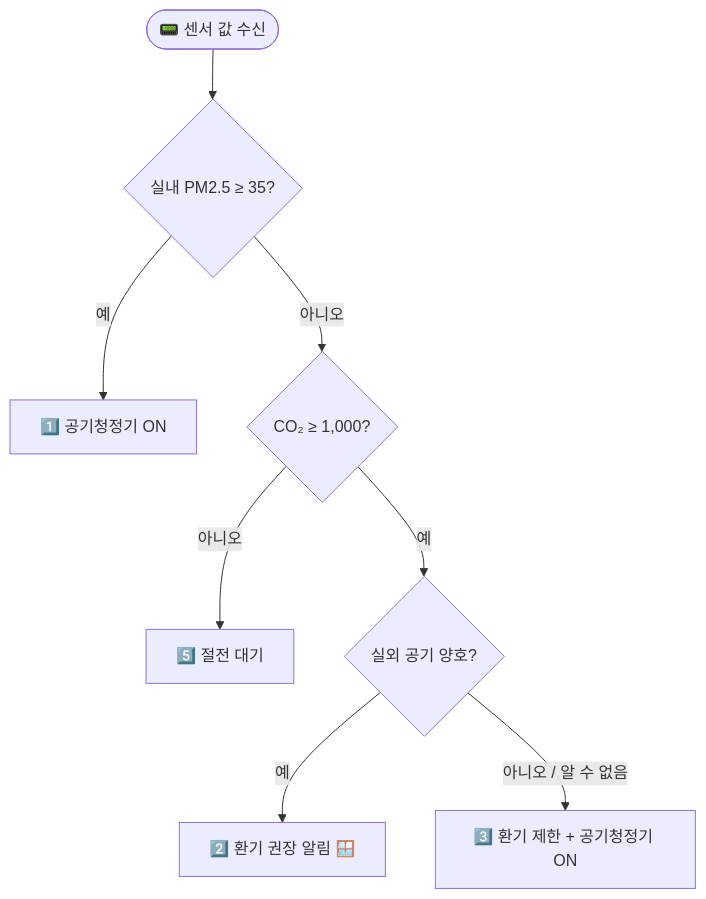
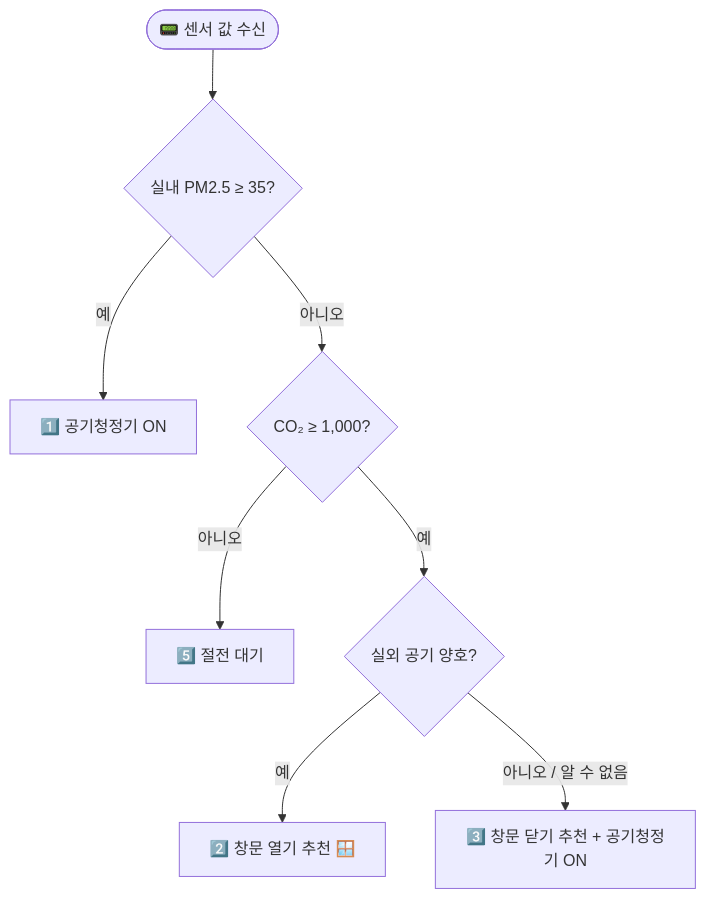
One commit to chanyoungjoo/IoT-Term-Project changed the third of 4 diagrams in README.md. Above: the diagram before and after it, drawn with Mermaid. The commit also changed other lines of this file and 1 other file, not shown here.

````diff
--- a/README.md
+++ b/README.md
@@ -141,10 +146,10 @@
 ```mermaid
 flowchart TD
     START(["📟 센서 값 수신"]) --> PM{"실내 PM2.5 ≥ 35?"}
     PM -->|예| R1["1️⃣ 공기청정기 ON"]
     PM -->|아니오| CO2{"CO₂ ≥ 1,000?"}
     CO2 -->|아니오| R5["5️⃣ 절전 대기"]
     CO2 -->|예| OUT{"실외 공기 양호?"}
-    OUT -->|예| R2["2️⃣ 환기 권장 알림 🪟"]
-    OUT -->|"아니오 / 알 수 없음"| R3["3️⃣ 환기 제한 + 공기청정기 ON"]
+    OUT -->|예| R2["2️⃣ 창문 열기 추천 🪟"]
+    OUT -->|"아니오 / 알 수 없음"| R3["3️⃣ 창문 닫기 추천 + 공기청정기 ON"]
 ```
````
